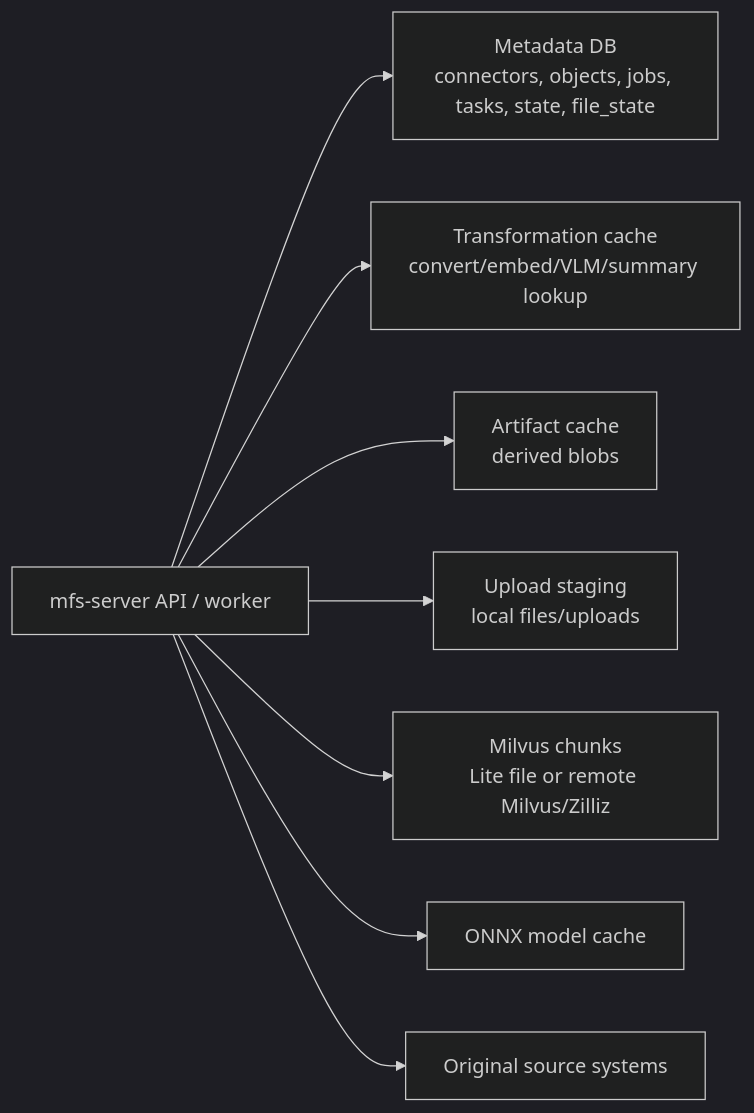
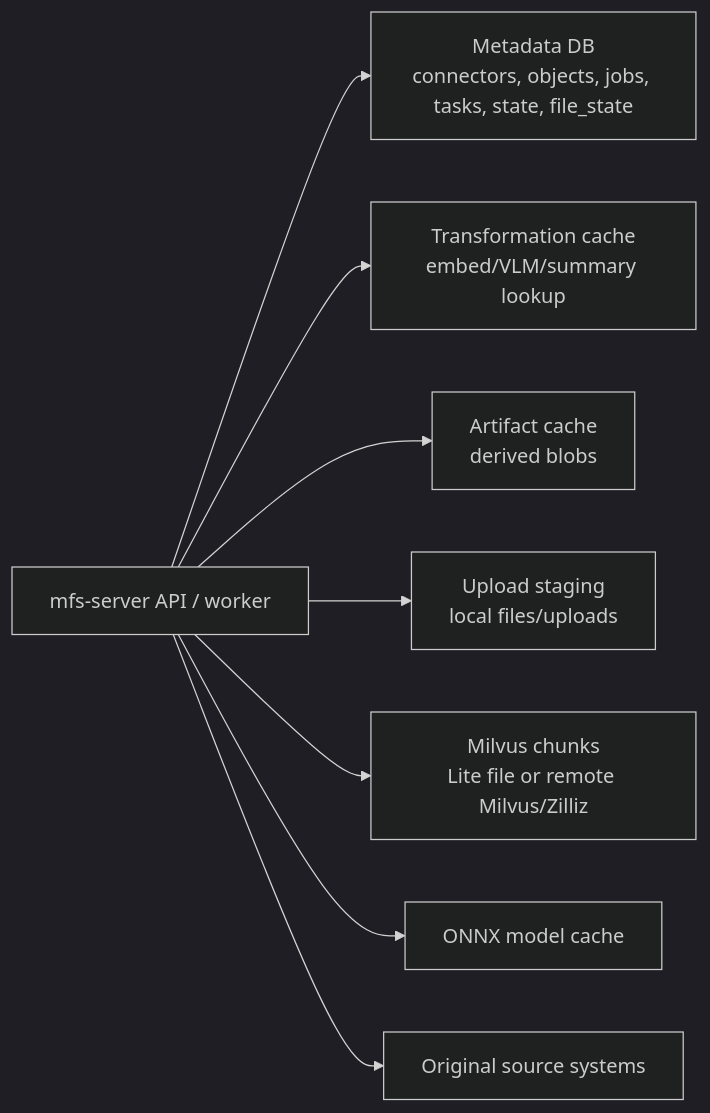
One commit to zilliztech/mfs changed the diagram in docs/storage-and-backup.md. Above: the diagram before and after it, drawn with Mermaid (dark theme). The commit also changed other lines of this file and 13 other files, not shown here.

First line of the commit message:
cache split: convert in the artifact cache, models in the transformation cache

````diff
--- a/docs/storage-and-backup.md
+++ b/docs/storage-and-backup.md
@@ -16,19 +16,19 @@
 ```mermaid
 flowchart LR
   api["mfs-server API / worker"]
   meta["Metadata DB<br/>connectors, objects, jobs, tasks, state, file_state"]
-  tx["Transformation cache<br/>convert/embed/VLM/summary lookup"]
+  tx["Transformation cache<br/>embed/VLM/summary lookup"]
   artifacts["Artifact cache<br/>derived blobs"]
   staging["Upload staging<br/>local files/uploads"]
   milvus["Milvus chunks<br/>Lite file or remote Milvus/Zilliz"]
   onnx["ONNX model cache"]
   source["Original source systems"]
 
   api --> meta
   api --> tx
   api --> artifacts
   api --> staging
   api --> milvus
   api --> onnx
   api --> source
 ```
````
